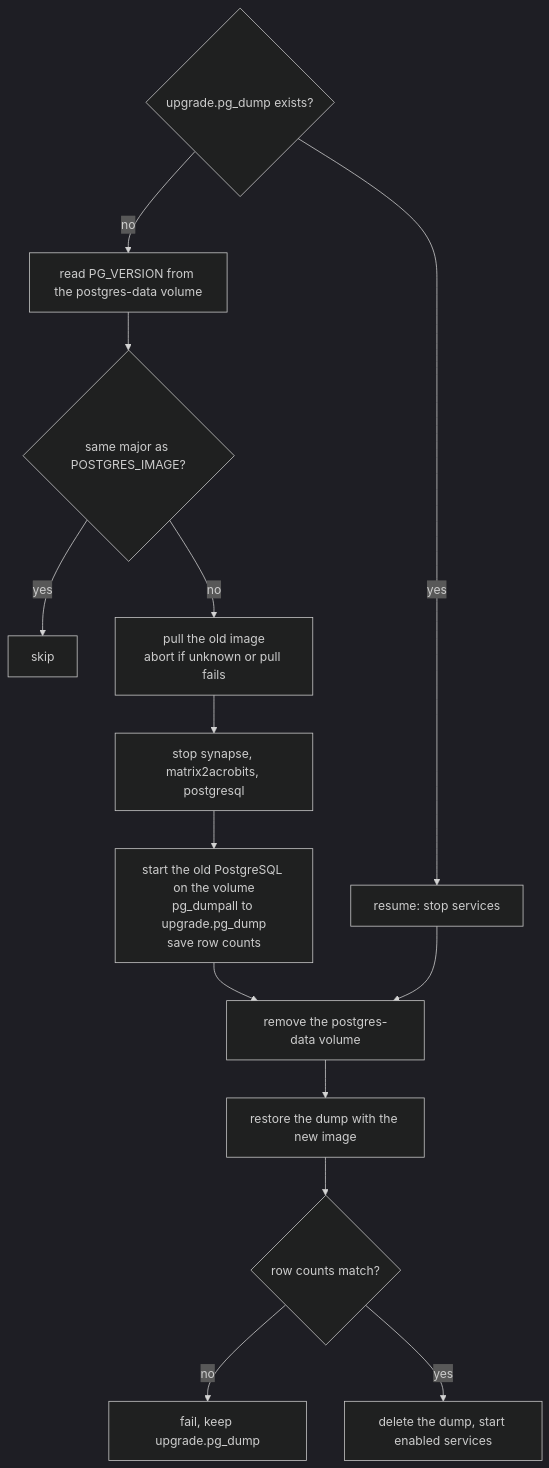
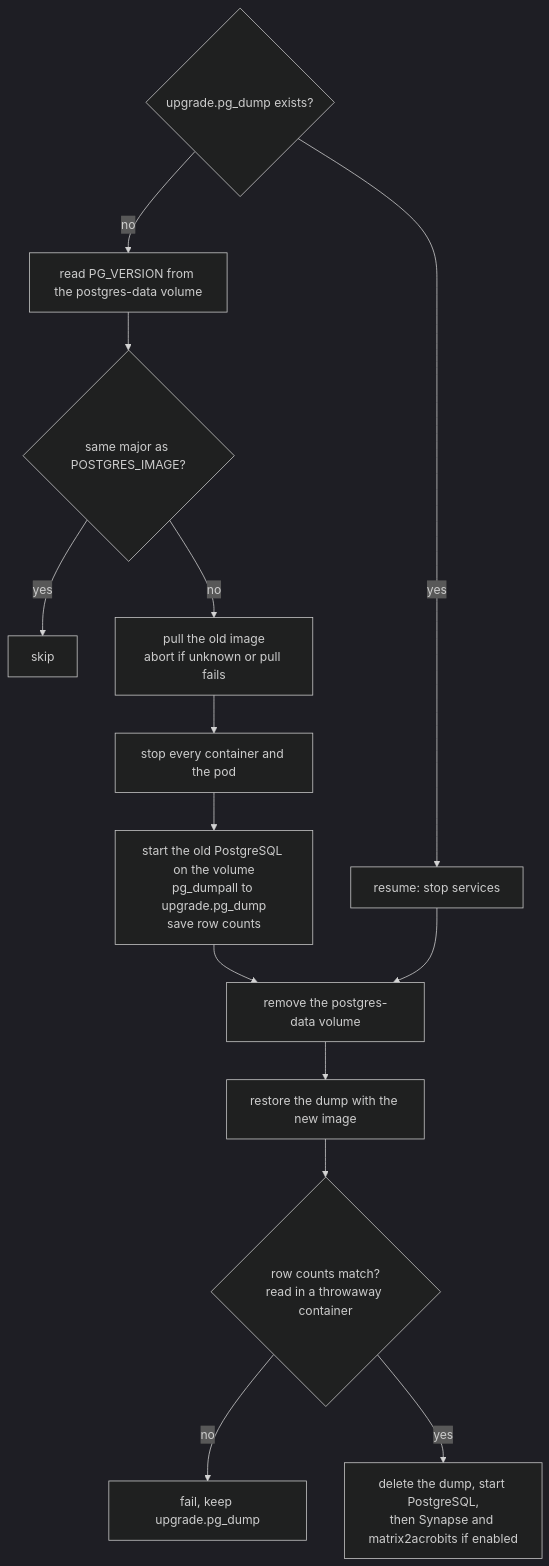
One commit to NethServer/ns8-matrix changed the fourth of 4 diagrams in docs/architecture.md. Above: the diagram before and after it, drawn with Mermaid (dark theme). The commit also changed other lines of this file and 19 other files, not shown here.

````diff
--- a/docs/architecture.md
+++ b/docs/architecture.md
@@ -149,17 +175,17 @@
 ```mermaid
 flowchart TB
     A{"upgrade.pg_dump exists?"}
     A -- yes --> R["resume: stop services"]
     A -- no --> B["read PG_VERSION from the postgres-data volume"]
     B --> C{"same major as POSTGRES_IMAGE?"}
     C -- yes --> X[skip]
     C -- no --> D["pull the old image<br/>abort if unknown or pull fails"]
-    D --> E["stop synapse, matrix2acrobits, postgresql"]
+    D --> E["stop every container and the pod"]
     E --> F["start the old PostgreSQL on the volume<br/>pg_dumpall to upgrade.pg_dump<br/>save row counts"]
     F --> G
     R --> G["remove the postgres-data volume"]
     G --> H["restore the dump with the new image"]
-    H --> I{"row counts match?"}
+    H --> I{"row counts match?<br/>read in a throwaway container"}
     I -- no --> K["fail, keep upgrade.pg_dump"]
-    I -- yes --> J["delete the dump, start enabled services"]
+    I -- yes --> J["delete the dump, start PostgreSQL,<br/>then Synapse and matrix2acrobits if enabled"]
 ```
````
